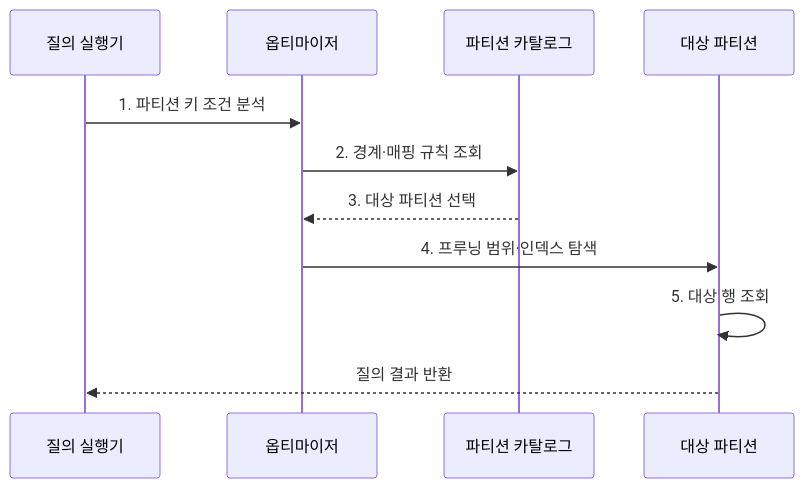
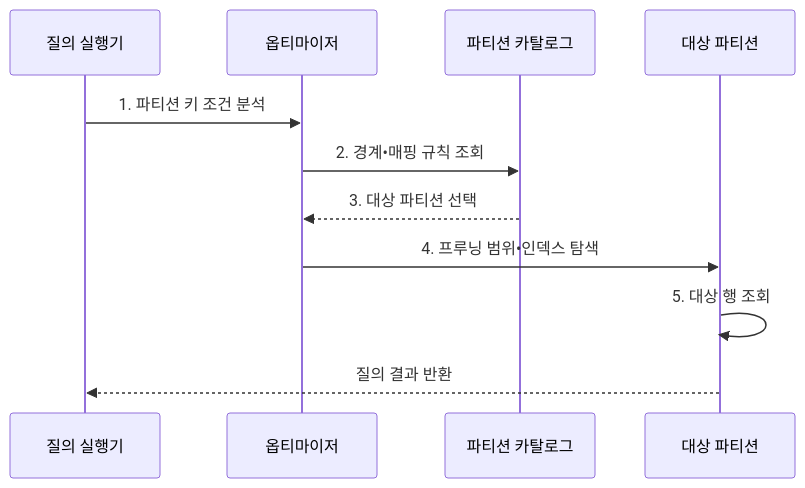
Before and after one commit to agnusdei1207/knowledge-base: the second of 2 diagrams in src/content/docs/notes/03-software/098_partitioning.md, drawn with Mermaid. The commit also changed other lines of this file and 953 other files, not shown here.

````diff
--- a/src/content/docs/notes/03-software/098_partitioning.md
+++ b/src/content/docs/notes/03-software/098_partitioning.md
@@ -108,13 +108,13 @@
 ```mermaid
 sequenceDiagram
     participant Q as 질의 실행기
     participant O as 옵티마이저
     participant C as 파티션 카탈로그
     participant P as 대상 파티션
     Q->>O: 1. 파티션 키 조건 분석
-    O->>C: 2. 경계·매핑 규칙 조회
+    O->>C: 2. 경계•매핑 규칙 조회
     C-->>O: 3. 대상 파티션 선택
-    O->>P: 4. 프루닝 범위·인덱스 탐색
+    O->>P: 4. 프루닝 범위•인덱스 탐색
     P->>P: 5. 대상 행 조회
     P-->>Q: 질의 결과 반환
 ```
````
